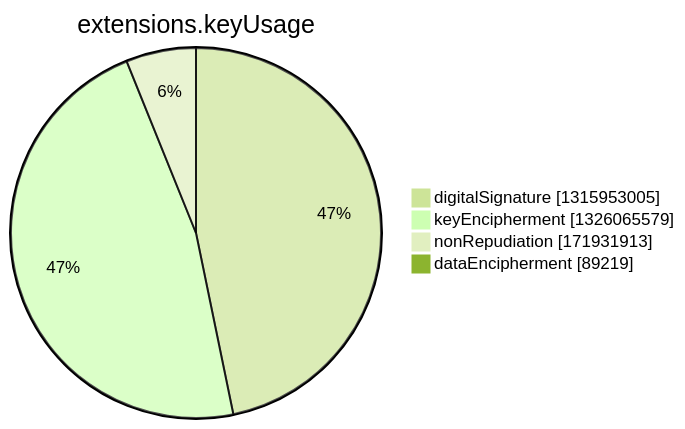
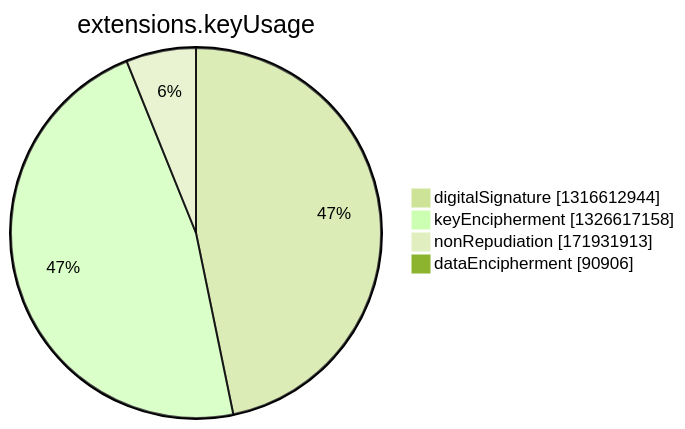
The seventh of 15 diagrams in argon2022/README.md (christiankrug/ctmonitor_visualization), drawn with Mermaid (forest theme) before and after one commit. The commit also changed other lines of this file, not shown here.

````diff
--- a/argon2022/README.md
+++ b/argon2022/README.md
@@ -2750,8 +2750,8 @@
 ```mermaid
 pie showData
 title extensions.keyUsage
-"digitalSignature" :1315953005
-"keyEncipherment" :1326065579
+"digitalSignature" :1316612944
+"keyEncipherment" :1326617158
 "nonRepudiation" :171931913
-"dataEncipherment" :89219
+"dataEncipherment" :90906
 ```
````
